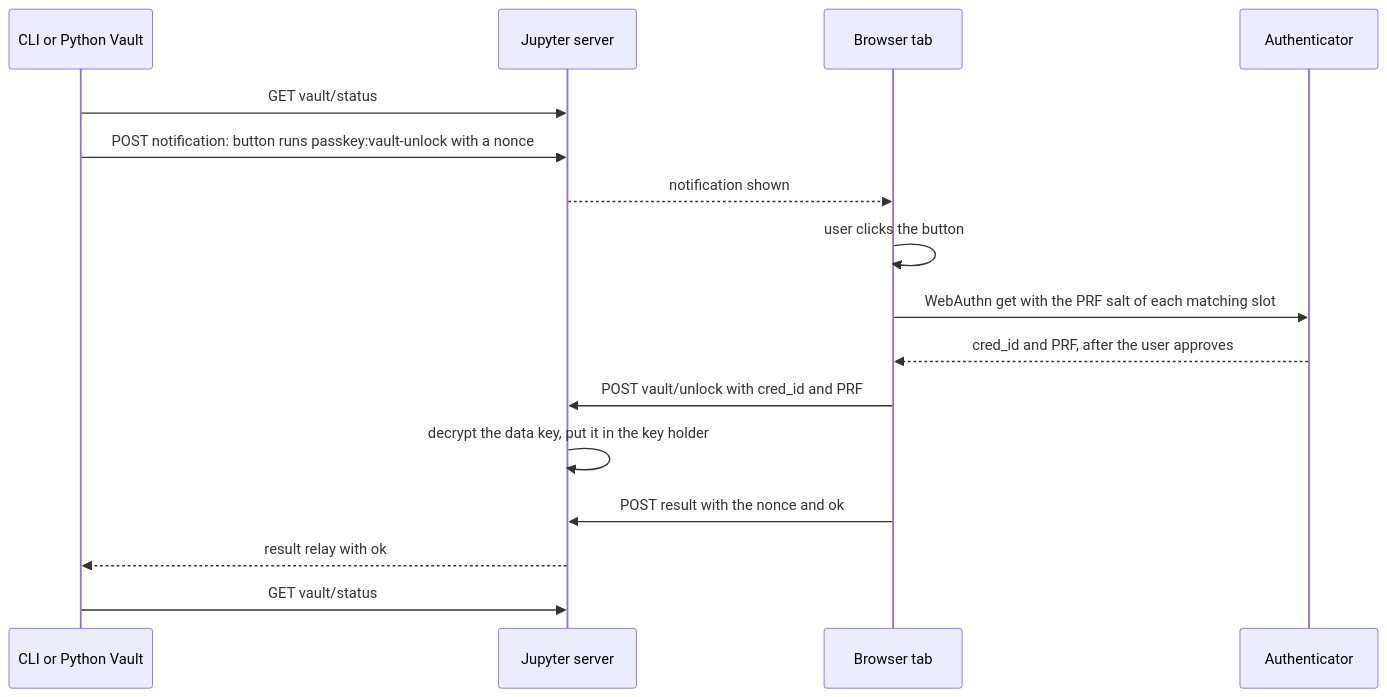
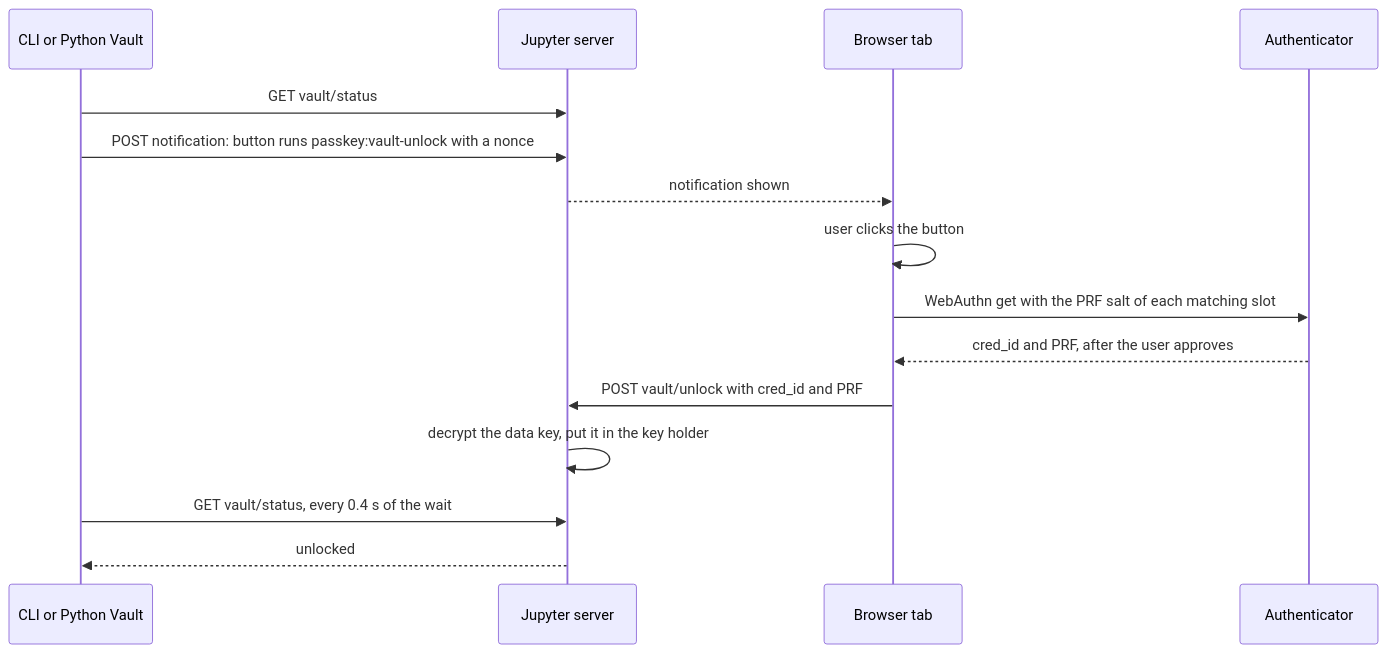
One commit to stellarshenson/jupyterlab_passkey_extension changed the second of 2 diagrams in docs/design-vault.md. Above: the diagram before and after it, drawn with Mermaid. The commit also changed other lines of this file and 48 other files, not shown here.

````diff
--- a/docs/design-vault.md
+++ b/docs/design-vault.md
@@ -222,19 +243,18 @@
 ```mermaid
 %%{init: {'themeVariables': {'fontSize': '8px'}}}%%
 sequenceDiagram
     participant C as CLI or Python Vault
     participant S as Jupyter server
     participant T as Browser tab
     participant A as Authenticator
     C->>S: GET vault/status
     C->>S: POST notification: button runs passkey:vault-unlock with a nonce
     S-->>T: notification shown
     T->>T: user clicks the button
     T->>A: WebAuthn get with the PRF salt of each matching slot
     A-->>T: cred_id and PRF, after the user approves
     T->>S: POST vault/unlock with cred_id and PRF
     S->>S: decrypt the data key, put it in the key holder
-    T->>S: POST result with the nonce and ok
-    S-->>C: result relay with ok
-    C->>S: GET vault/status
+    C->>S: GET vault/status, every 0.4 s of the wait
+    S-->>C: unlocked
 ```
````
